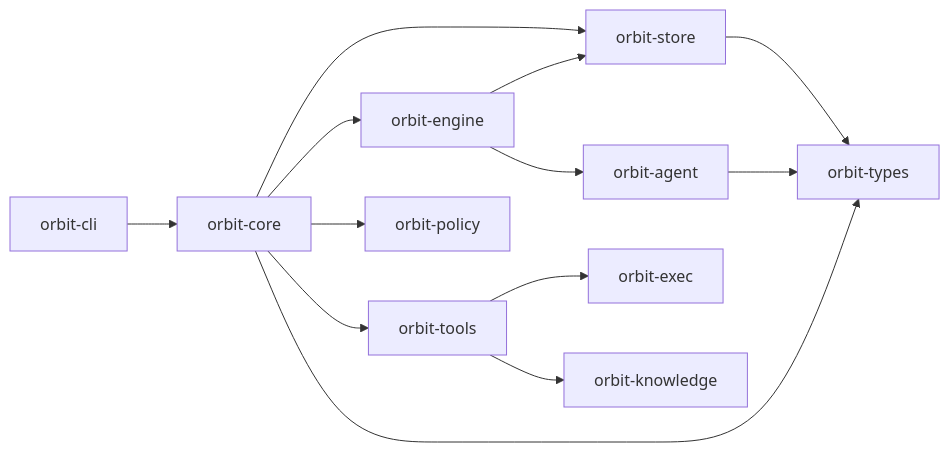
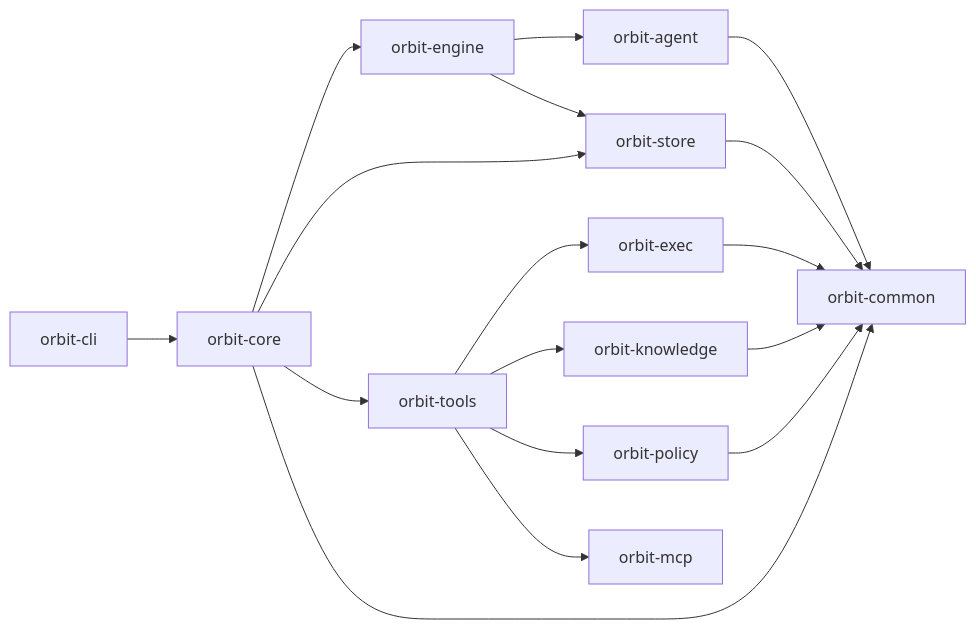
Before and after one commit to danieljhkim/orbit-agentic-workflow: the diagram in README.md, drawn with Mermaid. The commit also changed other lines of this file and 3 other files, not shown here.

````diff
--- a/README.md
+++ b/README.md
@@ -305,15 +336,19 @@
 ```mermaid
 flowchart LR
   CLI["orbit-cli"] --> Core["orbit-core"]
   Core --> Engine["orbit-engine"]
   Core --> Store["orbit-store"]
   Core --> Tools["orbit-tools"]
-  Core --> Policy["orbit-policy"]
   Engine --> Agent["orbit-agent"]
   Engine --> Store
   Tools --> Exec["orbit-exec"]
   Tools --> Knowledge["orbit-knowledge"]
-  Store --> Types["orbit-types"]
-  Agent --> Types
-  Core --> Types
+  Tools --> Policy["orbit-policy"]
+  Tools --> MCP["orbit-mcp"]
+  Exec --> Common["orbit-common"]
+  Knowledge --> Common
+  Policy --> Common
+  Store --> Common
+  Agent --> Common
+  Core --> Common
 ```
````
